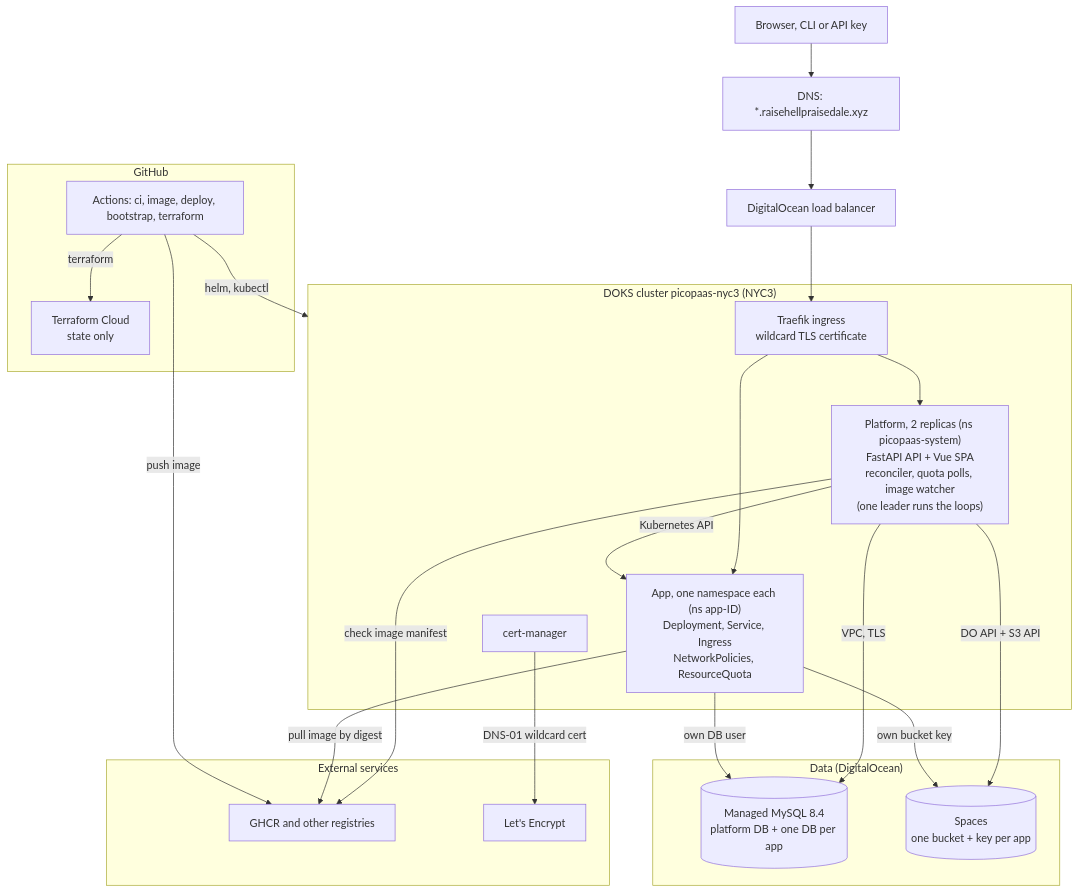
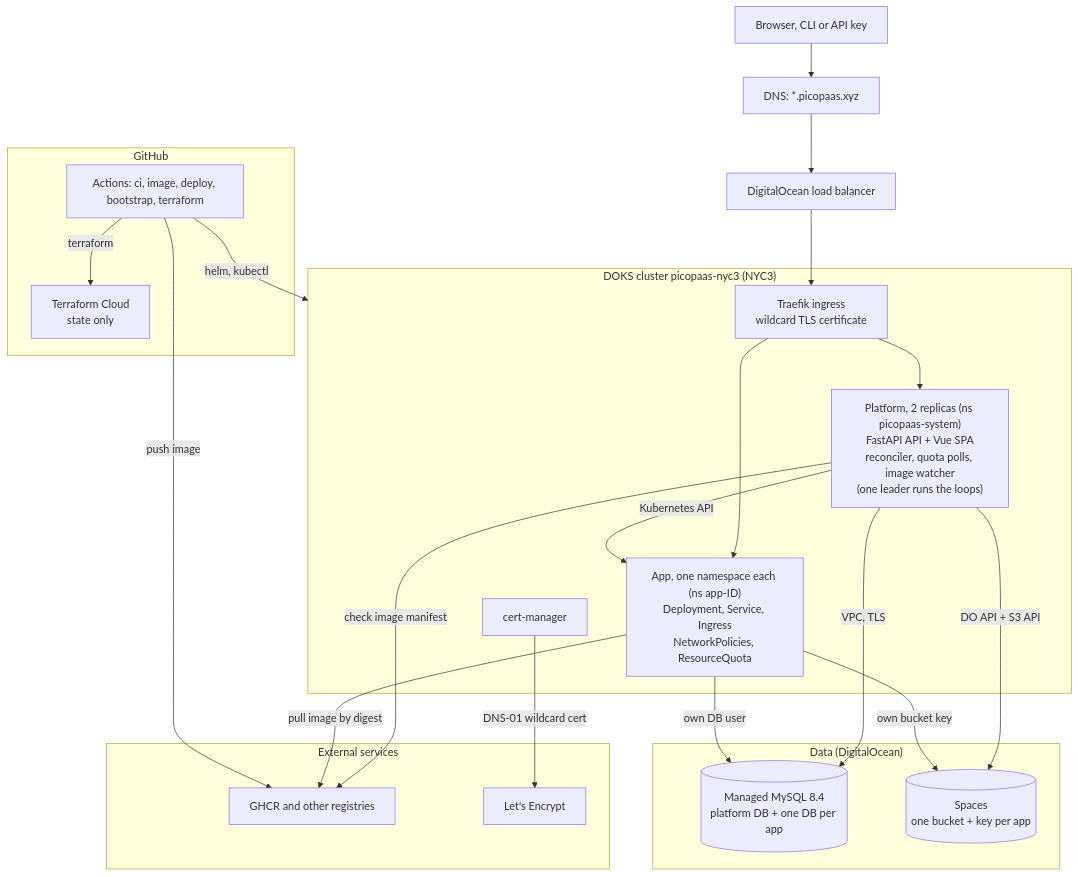
Before and after one commit to seaburr/picopaas: the first of 2 diagrams in README.md, drawn with Mermaid. The commit also changed other lines of this file and 24 other files, not shown here.

First line of the commit message:
chore(infra): migrate platform domain raisehellpraisedale.xyz -> picopaas.xyz

````diff
--- a/README.md
+++ b/README.md
@@ -44,47 +44,47 @@
 ```mermaid
 flowchart TB
   user["Browser, CLI or API key"]
-  dns["DNS: *.raisehellpraisedale.xyz"]
+  dns["DNS: *.picopaas.xyz"]
   lb["DigitalOcean load balancer"]
   user --> dns --> lb
 
   subgraph doks["DOKS cluster picopaas-nyc3 (NYC3)"]
     traefik["Traefik ingress<br/>wildcard TLS certificate"]
     plat["Platform, 2 replicas (ns picopaas-system)<br/>FastAPI API + Vue SPA<br/>reconciler, quota polls, image watcher<br/>(one leader runs the loops)"]
     app["App, one namespace each (ns app-ID)<br/>Deployment, Service, Ingress<br/>NetworkPolicies, ResourceQuota"]
     cm["cert-manager"]
   end
 
   lb --> traefik
   traefik --> plat
   traefik --> app
   plat -- "Kubernetes API" --> app
 
   subgraph data["Data (DigitalOcean)"]
     mysql[("Managed MySQL 8.4<br/>platform DB + one DB per app")]
     spaces[("Spaces<br/>one bucket + key per app")]
   end
 
   plat -- "VPC, TLS" --> mysql
   plat -- "DO API + S3 API" --> spaces
   app -- "own DB user" --> mysql
   app -- "own bucket key" --> spaces
 
   subgraph ext["External services"]
     ghcr["GHCR and other registries"]
     le["Let's Encrypt"]
   end
 
   plat -- "check image manifest" --> ghcr
   app -- "pull image by digest" --> ghcr
   cm -- "DNS-01 wildcard cert" --> le
 
   subgraph ci["GitHub"]
     gha["Actions: ci, image, deploy, bootstrap, terraform"]
     tfc["Terraform Cloud<br/>state only"]
   end
 
   gha -- "helm, kubectl" --> doks
   gha -- "terraform" --> tfc
   gha -- "push image" --> ghcr
 ```
````
